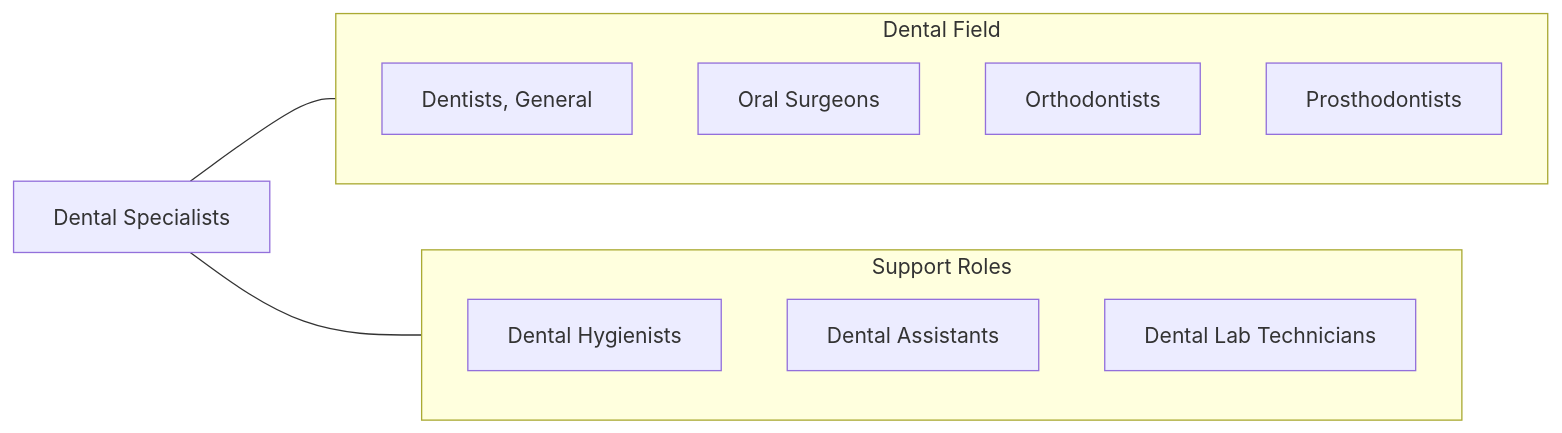
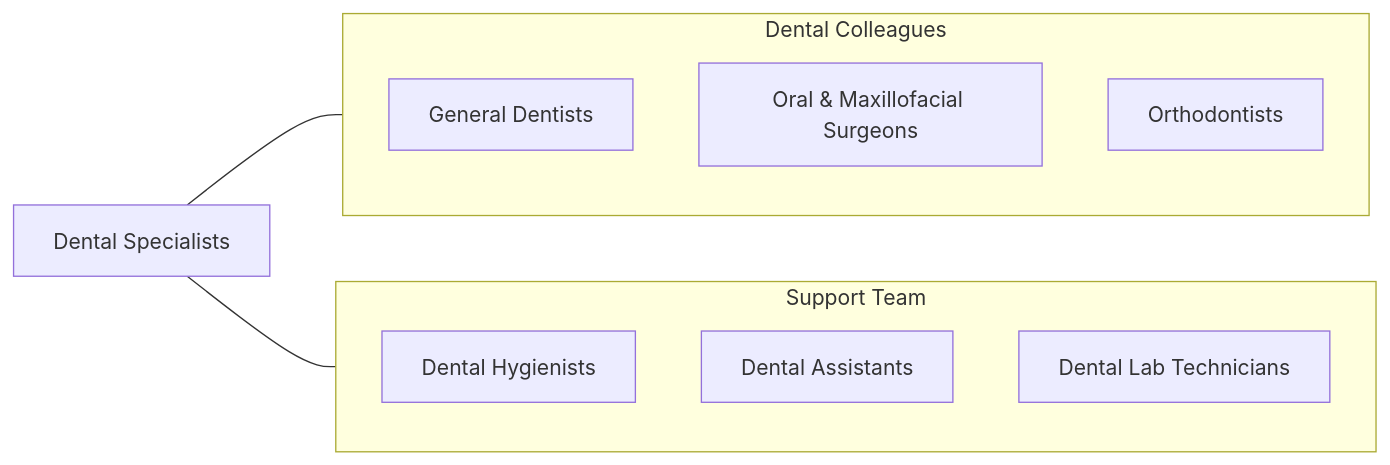
Before and after one commit to kziemski/business.org.ai: the fourth of 4 diagrams in occupations/HealthcarePractitioners/DentistsAllOtherSpecialists.mdx, drawn with Mermaid. The commit also changed other lines of this file and 938 other files, not shown here.

````diff
--- a/occupations/HealthcarePractitioners/DentistsAllOtherSpecialists.mdx
+++ b/occupations/HealthcarePractitioners/DentistsAllOtherSpecialists.mdx
@@ -105,20 +181,19 @@
 ```mermaid
 graph LR
-    DentSpec["Dental Specialists"]
+    Current["Dental Specialists"]
 
-    subgraph SameCategory["Dental Field"]
-        DentGen["Dentists, General"]
-        OralSurg["Oral Surgeons"]
-        Ortho["Orthodontists"]
-        Prosth["Prosthodontists"]
+    subgraph DentalTeam["Dental Colleagues"]
+        GeneralDentists["General Dentists"]
+        OralSurgeons["Oral & Maxillofacial Surgeons"]
+        Orthodontists["Orthodontists"]
     end
 
-    subgraph Support["Support Roles"]
-        DH["Dental Hygienists"]
-        DA["Dental Assistants"]
-        DentalLab["Dental Lab Technicians"]
+    subgraph Support["Support Team"]
+        DentalHygienists["Dental Hygienists"]
+        DentalAssistants["Dental Assistants"]
+        DentalLabTechs["Dental Lab Technicians"]
     end
 
-    DentSpec --- SameCategory
-    DentSpec --- Support
+    Current --- DentalTeam
+    Current --- Support
 ```
````
